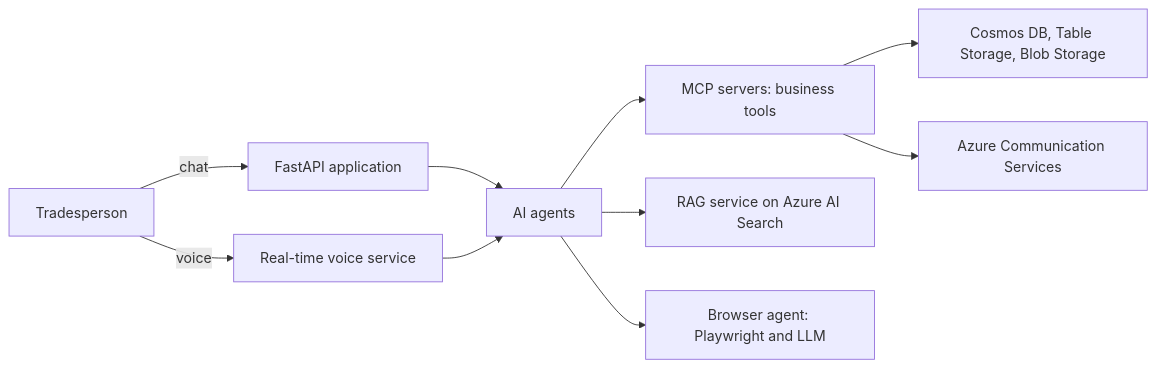
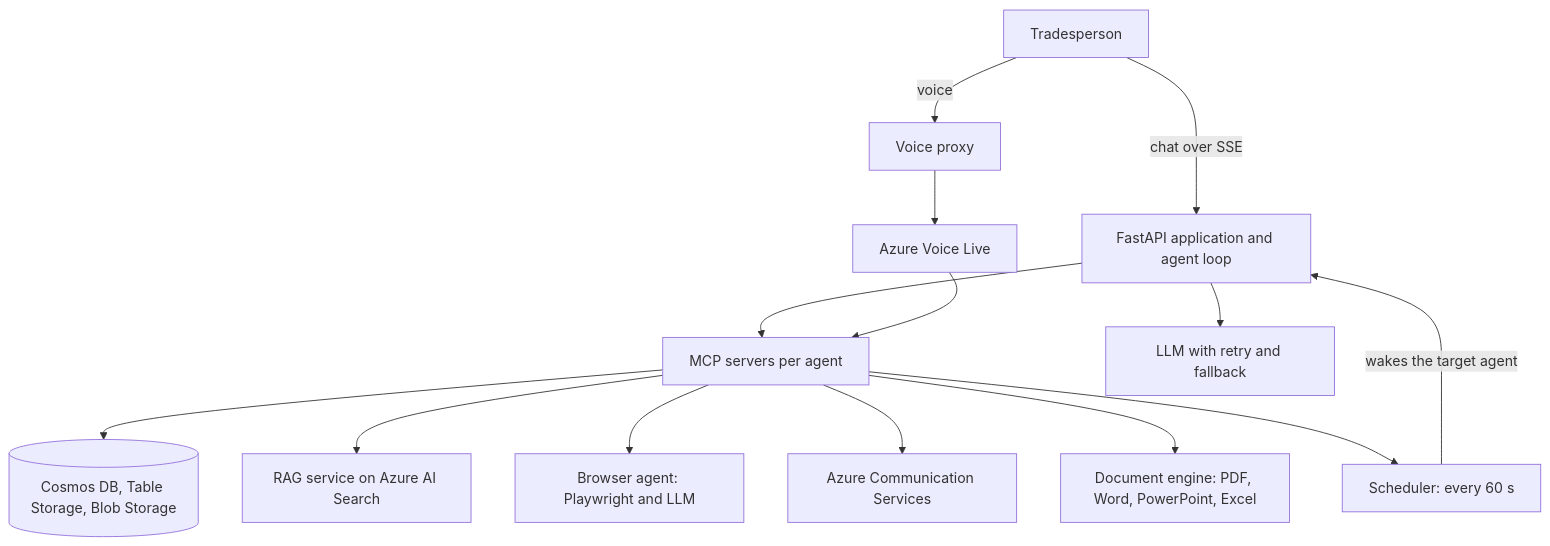
Before and after one commit to nabilmgdevazure/faktavik: the diagram in README.md, drawn with Mermaid. The commit also changed other lines of this file, not shown here.

Commit message:
Document architecture, design decisions and hard problems solved

````diff
--- a/README.md
+++ b/README.md
@@ -17,12 +13,15 @@
 ```mermaid
-flowchart LR
-    U[Tradesperson] -->|chat| APP[FastAPI application]
-    U -->|voice| V[Real-time voice service]
-    APP --> A[AI agents]
-    V --> A
-    A --> M[MCP servers: business tools]
-    A --> RAG[RAG service on Azure AI Search]
-    A --> NAV[Browser agent: Playwright and LLM]
-    M --> D[Cosmos DB, Table Storage, Blob Storage]
-    M --> COM[Azure Communication Services]
+flowchart TB
+    U[Tradesperson] -->|chat over SSE| APP[FastAPI application and agent loop]
+    U -->|voice| VOX[Voice proxy] --> VL[Azure Voice Live]
+    APP --> MCP[MCP servers per agent]
+    VL --> MCP
+    APP --> LLM[LLM with retry and fallback]
+    SCHED[Scheduler: every 60 s] -->|wakes the target agent| APP
+    MCP --> DATA[(Cosmos DB, Table Storage, Blob Storage)]
+    MCP --> RAG[RAG service on Azure AI Search]
+    MCP --> NAV[Browser agent: Playwright and LLM]
+    MCP --> COM[Azure Communication Services]
+    MCP --> DOCS[Document engine: PDF, Word, PowerPoint, Excel]
+    MCP --> SCHED
 ```
````
